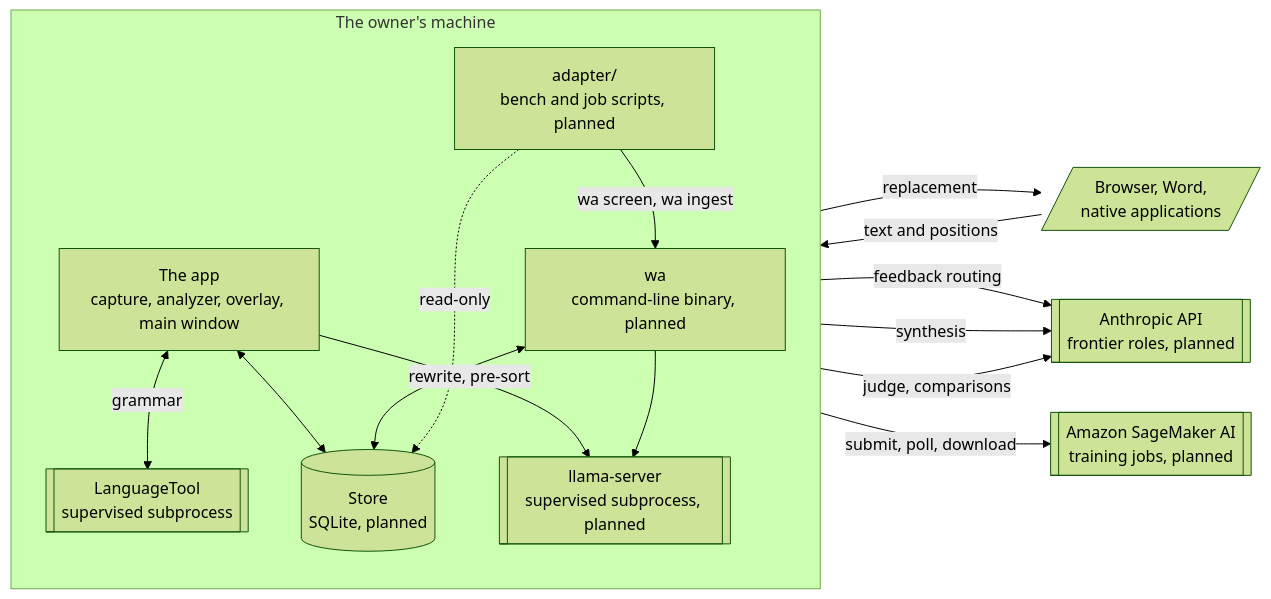
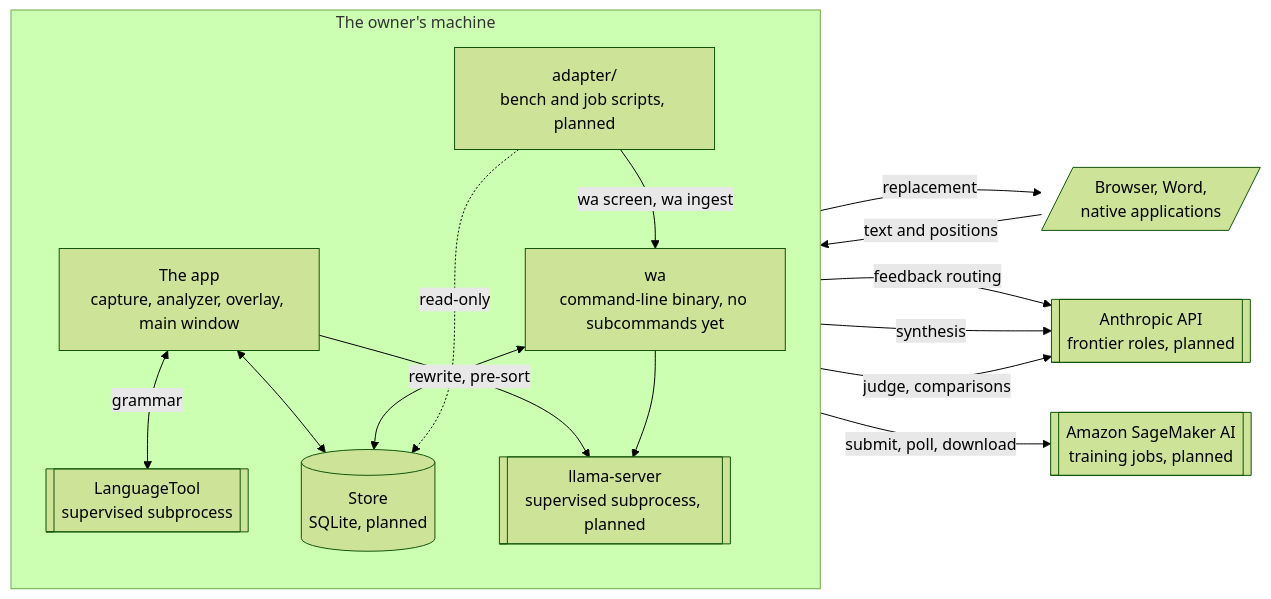
Before and after one commit to Bernice-Koh/writing-assistant: the third of 3 diagrams in README.md, drawn with Mermaid (forest theme). The commit also changed other lines of this file and 3 other files, not shown here.

````diff
--- a/README.md
+++ b/README.md
@@ -360,31 +360,31 @@
 ```mermaid
 flowchart LR
     Apps[/"Browser, Word,<br/>native applications"/]
 
     subgraph Machine["The owner's machine"]
         direction TB
         App["The app<br/>capture, analyzer, overlay, main window"]
         LT[["LanguageTool<br/>supervised subprocess"]]
         Store[("Store<br/>SQLite, planned")]
         LS[["llama-server<br/>supervised subprocess, planned"]]
-        WA["wa<br/>command-line binary, planned"]
+        WA["wa<br/>command-line binary, no subcommands yet"]
         Py["adapter/<br/>bench and job scripts, planned"]
     end
 
     Api[["Anthropic API<br/>frontier roles, planned"]]
     Sage[["Amazon SageMaker AI<br/>training jobs, planned"]]
 
     Apps -->|"text and positions"| App
     App -->|"replacement"| Apps
     App <-->|"grammar"| LT
     App <--> Store
     App -->|"rewrite, pre-sort"| LS
     WA <--> Store
     WA --> LS
     Py -->|"wa screen, wa ingest"| WA
     Py -.->|"read-only"| Store
     App -->|"feedback routing"| Api
     WA -->|"synthesis"| Api
     Py -->|"judge, comparisons"| Api
     Py -->|"submit, poll, download"| Sage
 ```
````
